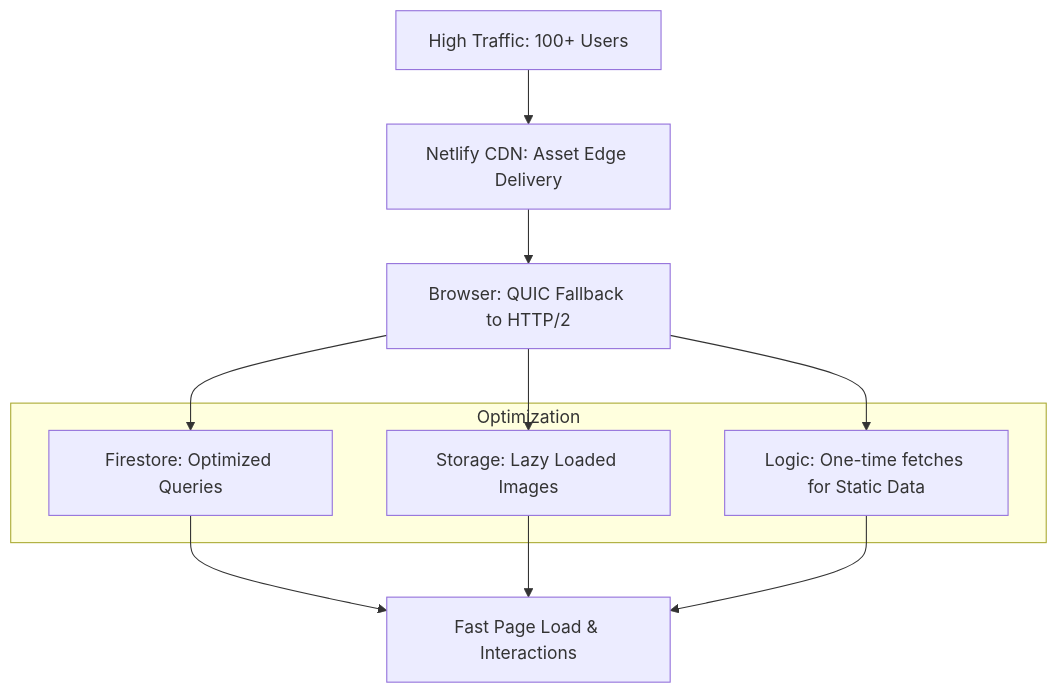
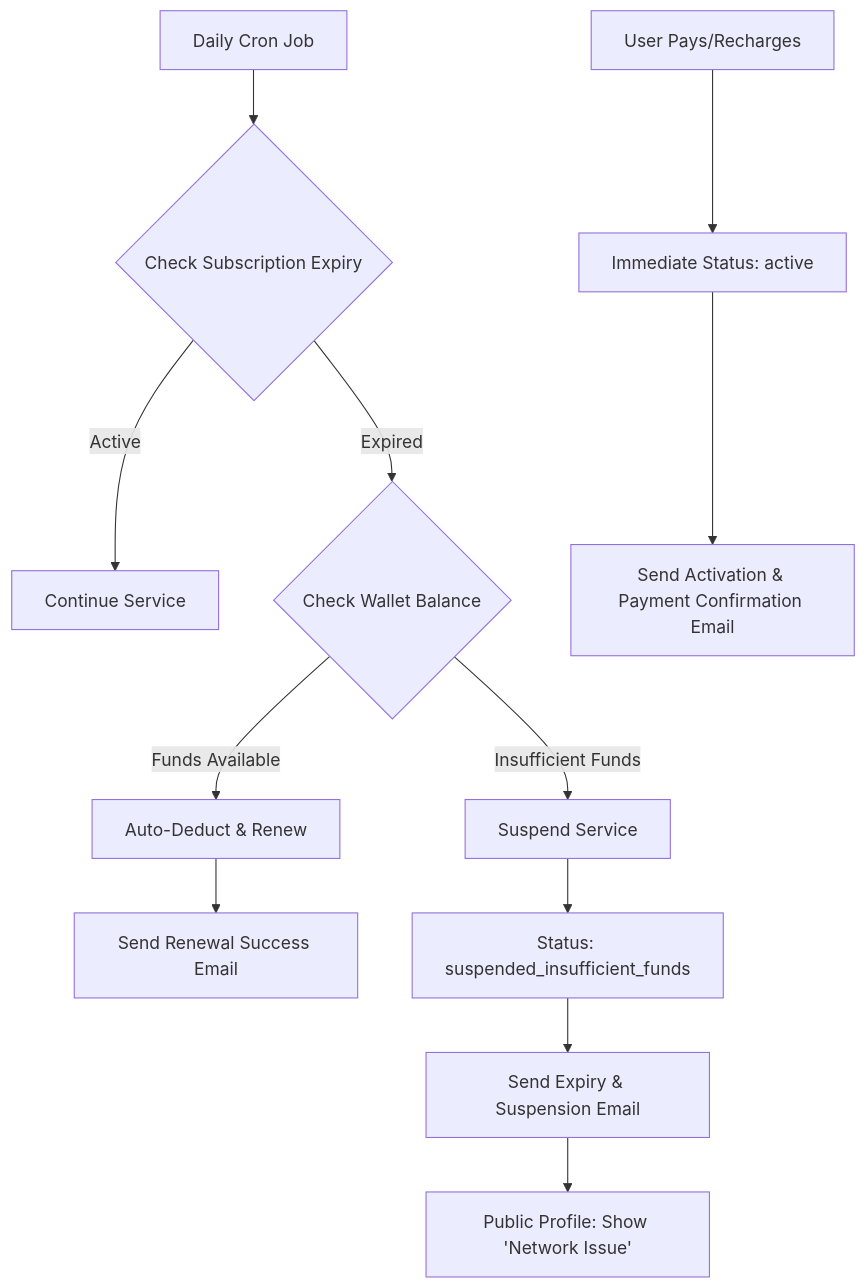
Before and after one commit to Suriya663/codez48-web-automation: the diagram in .artifacts/074f8ead-9721-4f77-87d0-951ebe4b1d7d/implementation_plan.artifact.md, drawn with Mermaid. The commit also changed other lines of this file and 14 other files, not shown here.

````diff
--- a/.artifacts/074f8ead-9721-4f77-87d0-951ebe4b1d7d/implementation_plan.artifact.md
+++ b/.artifacts/074f8ead-9721-4f77-87d0-951ebe4b1d7d/implementation_plan.artifact.md
@@ -7,14 +7,17 @@
 ```mermaid
 flowchart TD
-    A[High Traffic: 100+ Users] --> B[Netlify CDN: Asset Edge Delivery]
-    B --> C[Browser: QUIC Fallback to HTTP/2]
+    A[Daily Cron Job] --> B{Check Subscription Expiry}
+    B -->|Active| C[Continue Service]
+    B -->|Expired| D{Check Wallet Balance}
 
-    subgraph Data Layer [Optimization]
-        D[Firestore: Optimized Queries]
-        E[Storage: Lazy Loaded Images]
-        F[Logic: One-time fetches for Static Data]
-    end
+    D -->|Funds Available| E[Auto-Deduct & Renew]
+    E --> F[Send Renewal Success Email]
 
-    C --> D & E & F
-    D & E & F --> G[Fast Page Load & Interactions]
+    D -->|Insufficient Funds| G[Suspend Service]
+    G --> H[Status: suspended_insufficient_funds]
+    H --> I[Send Expiry & Suspension Email]
+    I --> J[Public Profile: Show 'Network Issue']
+
+    K[User Pays/Recharges] --> L[Immediate Status: active]
+    L --> M[Send Activation & Payment Confirmation Email]
 ```
````
